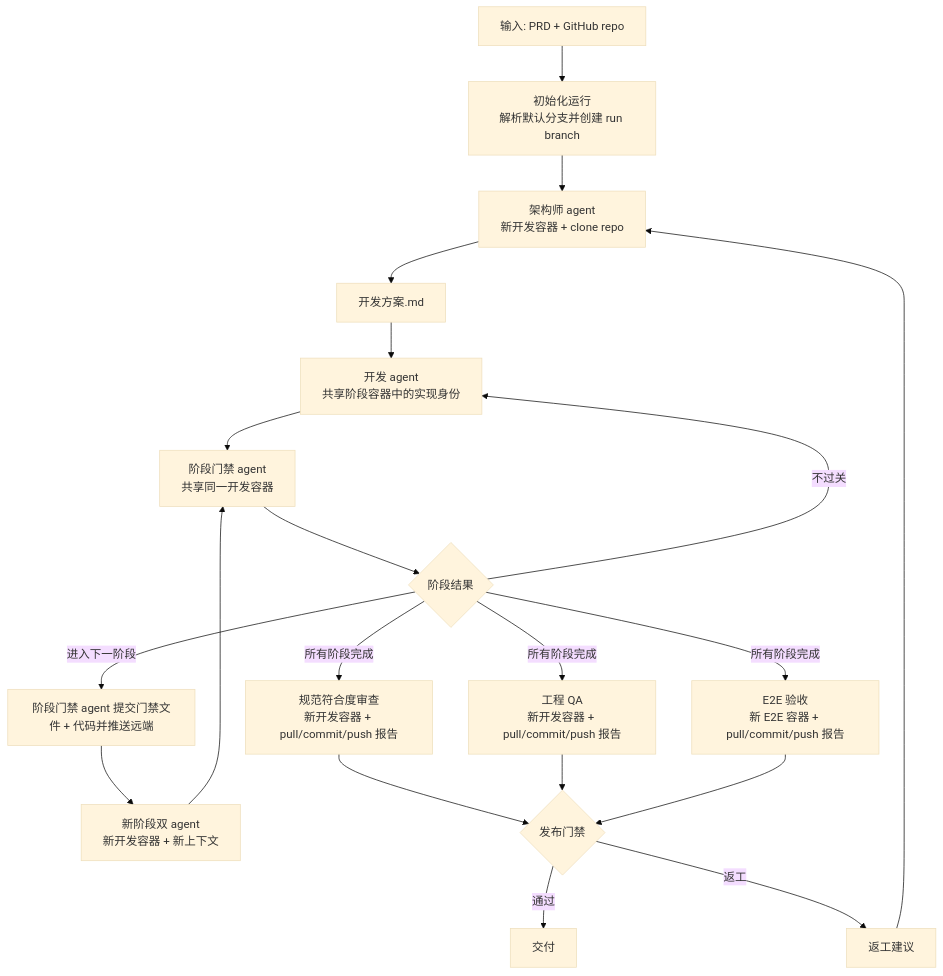
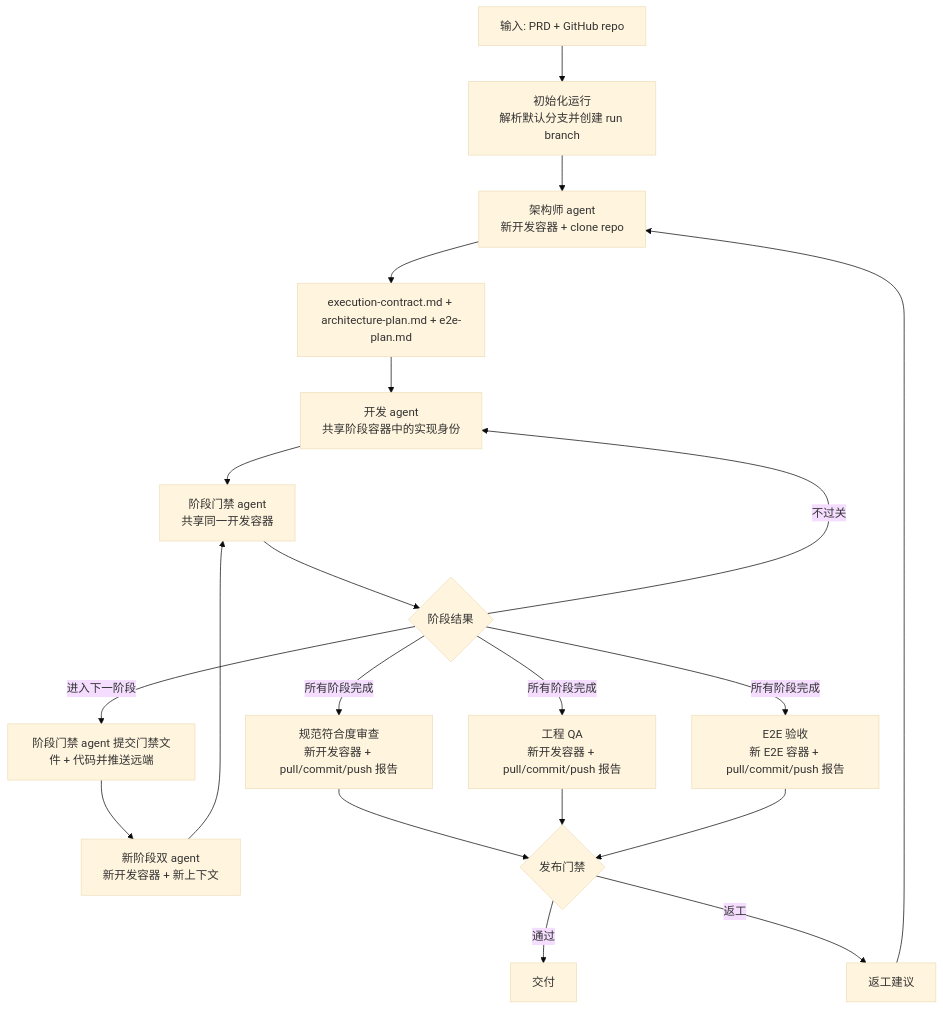
The diagram in docs/v1-runtime-architecture.md (faithleysath/autogen), drawn with Mermaid (base theme) before and after one commit. The commit also changed other lines of this file and 1 other file, not shown here.

Commit message:
Enhance documentation on execution contract and its role in the harness engineering flow

````diff
--- a/docs/v1-runtime-architecture.md
+++ b/docs/v1-runtime-architecture.md
@@ -315,25 +362,25 @@
 ```mermaid
 flowchart TD
     U["输入: PRD + GitHub repo"] --> I["初始化运行<br/>解析默认分支并创建 run branch"]
     I --> A["架构师 agent<br/>新开发容器 + clone repo"]
-    A --> P["开发方案.md"]
+    A --> P["execution-contract.md + architecture-plan.md + e2e-plan.md"]
     P --> D["开发 agent<br/>共享阶段容器中的实现身份"]
     D --> SG["阶段门禁 agent<br/>共享同一开发容器"]
     SG --> SGD{"阶段结果"}
 
     SGD -->|"不过关"| D
     SGD -->|"进入下一阶段"| C["阶段门禁 agent 提交门禁文件 + 代码并推送远端"]
     C --> D2["新阶段双 agent<br/>新开发容器 + 新上下文"]
     D2 --> SG
     SGD -->|"所有阶段完成"| R1["规范符合度审查<br/>新开发容器 + pull/commit/push 报告"]
     SGD -->|"所有阶段完成"| R2["工程 QA<br/>新开发容器 + pull/commit/push 报告"]
     SGD -->|"所有阶段完成"| R3["E2E 验收<br/>新 E2E 容器 + pull/commit/push 报告"]
 
     R1 --> RG{"发布门禁"}
     R2 --> RG
     R3 --> RG
 
     RG -->|"通过"| O["交付"]
     RG -->|"返工"| RE["返工建议"]
     RE --> A
 ```
````
